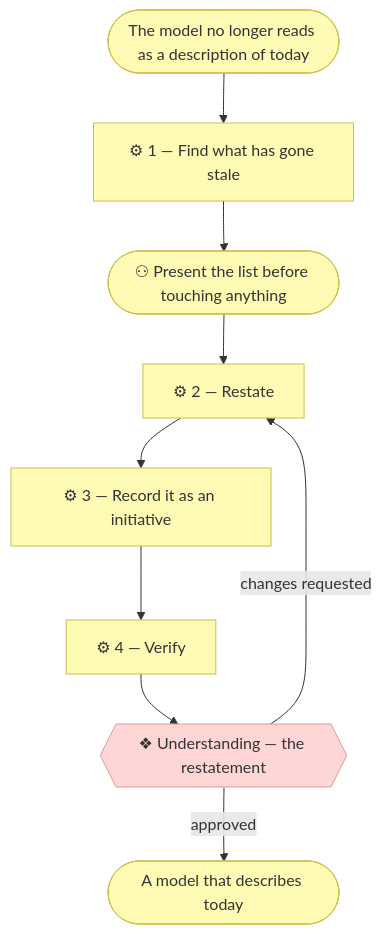
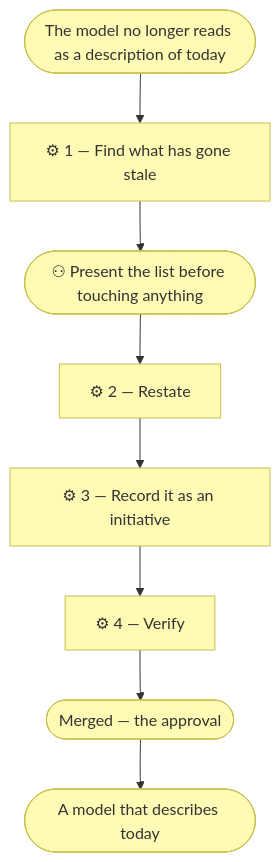
The diagram in plugins/archreator/skills/restate-current-state/SKILL.md (roanboc/archreator), drawn with Mermaid before and after one commit. The commit also changed other lines of this file and 49 other files, not shown here.

````diff
--- a/plugins/archreator/skills/restate-current-state/SKILL.md
+++ b/plugins/archreator/skills/restate-current-state/SKILL.md
@@ -43,20 +44,16 @@
 ```mermaid
 flowchart TD
   drift(["The model no longer reads as a description of today"])
   s1["⚙ 1 — Find what has gone stale"]
   ask(["⚇ Present the list before touching anything"])
   s2["⚙ 2 — Restate"]
   s3["⚙ 3 — Record it as an initiative"]
   s4["⚙ 4 — Verify"]
-  g2{{"❖ Understanding — the restatement"}}
+  merged(["Merged — the approval"])
   out(["A model that describes today"])
 
-  drift --> s1 --> ask --> s2 --> s3 --> s4 --> g2
-  g2 -->|changes requested| s2
-  g2 -->|approved| out
+  drift --> s1 --> ask --> s2 --> s3 --> s4 --> merged --> out
 
   classDef business fill:#fffbb5,stroke:#c8c04a,color:#333
-  classDef implementation fill:#ffd6d6,stroke:#d99b9b,color:#333
-  class s1,s2,s3,s4,drift,ask,out business
-  class g2 implementation
+  class s1,s2,s3,s4,drift,ask,out,merged business
 ```
````
